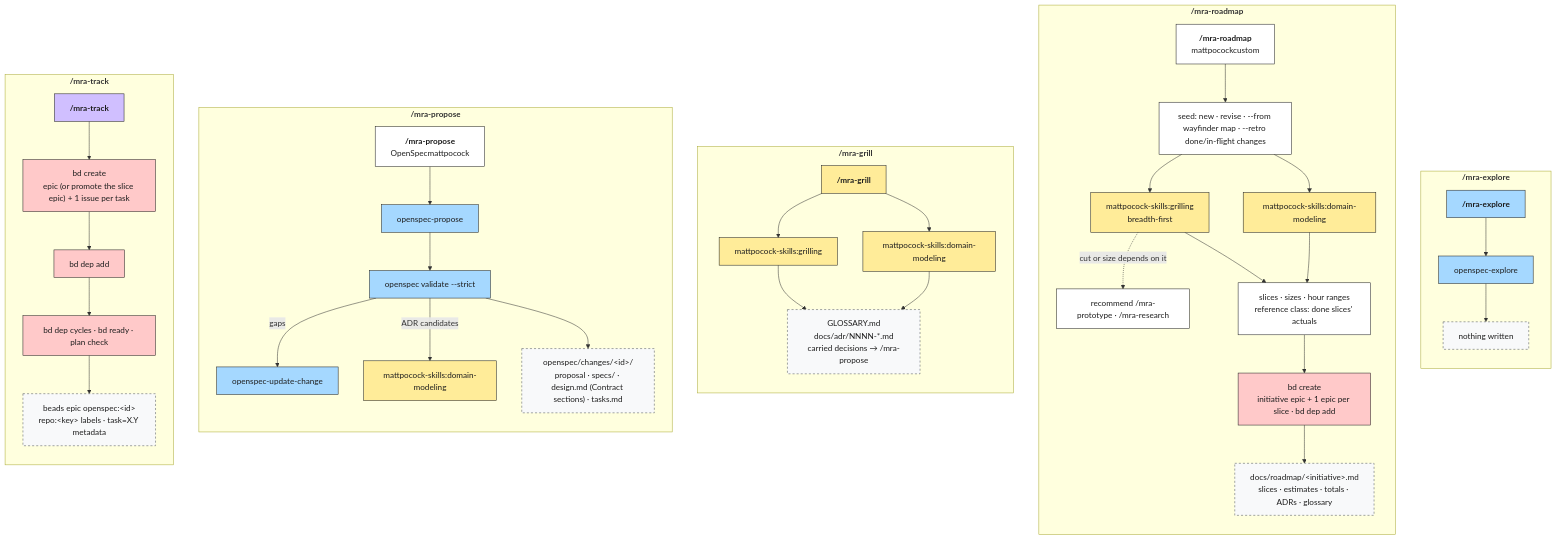
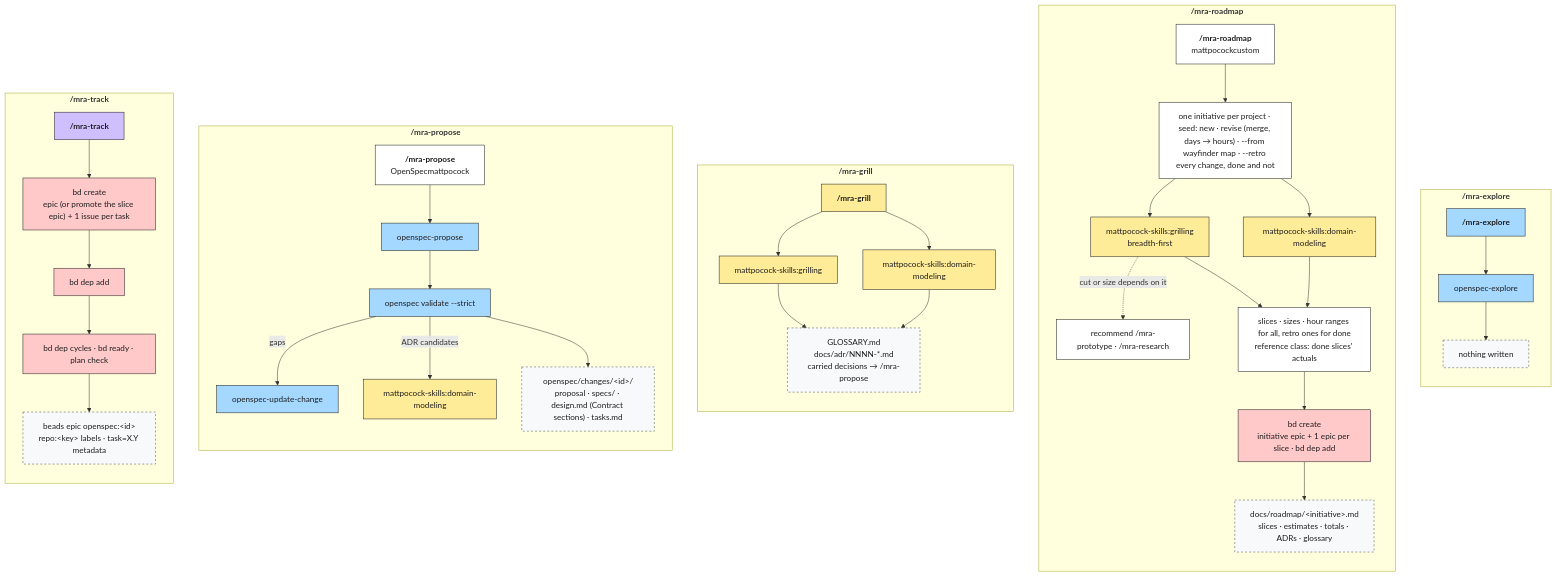
One commit to Ancora-Ancora/mra-flow changed the second of 5 diagrams in payload/orchestrator/.mra-flow/docs/mra-flow.md. Above: the diagram before and after it, drawn with Mermaid. The commit also changed other lines of this file and 17 other files, not shown here.

First line of the commit message:
One initiative per project; --retro builds every slice with estimates and actuals

````diff
--- a/payload/orchestrator/.mra-flow/docs/mra-flow.md
+++ b/payload/orchestrator/.mra-flow/docs/mra-flow.md
@@ -101,53 +101,53 @@
 ```mermaid
 %%{init: {"themeCSS": ".t{font-size:1.25em;font-weight:700} .bos,.bsp,.bmp,.bcu{padding:2px 6px} .bos{background:#a5d8ff} .bsp{background:#b2f2bb} .bmp{background:#ffec99} .bcu{background:#d0bfff}"}}%%
 flowchart TB
     classDef phase fill:#d0bfff,stroke:#1e1e1e,color:#1e1e1e
     classDef oswrap fill:#a5d8ff,stroke:#1e1e1e,color:#1e1e1e
     classDef striped fill:#ffffff,stroke:#1e1e1e,color:#1e1e1e
     classDef stripedopt fill:#ffffff,stroke:#1e1e1e,stroke-dasharray:5 5,color:#1e1e1e
     classDef spwrap fill:#b2f2bb,stroke:#1e1e1e,color:#1e1e1e
     classDef mpwrap fill:#ffec99,stroke:#1e1e1e,color:#1e1e1e
     classDef sp fill:#b2f2bb,stroke:#1e1e1e,color:#1e1e1e
     classDef mp fill:#ffec99,stroke:#1e1e1e,color:#1e1e1e
     classDef os fill:#a5d8ff,stroke:#1e1e1e,color:#1e1e1e
     classDef bd fill:#ffc9c9,stroke:#1e1e1e,color:#1e1e1e
     classDef art fill:#f8f9fa,stroke:#495057,stroke-dasharray:4 4,color:#1e1e1e
     classDef step fill:#ffffff,stroke:#1e1e1e,color:#1e1e1e
 
     subgraph EX["<b class='t'>/mra-explore</b>"]
         direction TB
         ex["<b class='t'>/mra-explore</b>"]:::oswrap --> ex1["openspec-explore"]:::os
         ex1 --> exA["nothing written"]:::art
     end
     subgraph RM["<b class='t'>/mra-roadmap</b>"]
         direction TB
-        rm["<b class='t'>/mra-roadmap</b><br/><span class='bmp'>mattpocock</span><span class='bcu'>custom</span>"]:::striped --> rm0["seed: new · revise · --from wayfinder map · --retro done/in-flight changes"]:::step
+        rm["<b class='t'>/mra-roadmap</b><br/><span class='bmp'>mattpocock</span><span class='bcu'>custom</span>"]:::striped --> rm0["one initiative per project · seed: new · revise (merge, days → hours) · --from wayfinder map · --retro every change, done and not"]:::step
         rm0 --> rm1["mattpocock-skills:grilling<br/>breadth-first"]:::mp
         rm0 --> rm2["mattpocock-skills:domain-modeling"]:::mp
         rm1 -. "cut or size depends on it" .-> rm5["recommend /mra-prototype · /mra-research"]:::step
-        rm1 & rm2 --> rm3["slices · sizes · hour ranges<br/>reference class: done slices' actuals"]:::step
+        rm1 & rm2 --> rm3["slices · sizes · hour ranges for all, retro ones for done<br/>reference class: done slices' actuals"]:::step
         rm3 --> rm4["bd create<br/>initiative epic + 1 epic per slice · bd dep add"]:::bd
         rm4 --> rmA["docs/roadmap/#lt;initiative#gt;.md<br/>slices · estimates · totals · ADRs · glossary"]:::art
     end
     subgraph GR["<b class='t'>/mra-grill</b>"]
         direction TB
         gr["<b class='t'>/mra-grill</b>"]:::mpwrap --> gr1["mattpocock-skills:grilling"]:::mp
         gr --> gr2["mattpocock-skills:domain-modeling"]:::mp
         gr1 & gr2 --> grA["GLOSSARY.md<br/>docs/adr/NNNN-*.md<br/>carried decisions → /mra-propose"]:::art
     end
     subgraph PR["<b class='t'>/mra-propose</b>"]
         direction TB
         pr["<b class='t'>/mra-propose</b><br/><span class='bos'>OpenSpec</span><span class='bmp'>mattpocock</span>"]:::striped --> pr1["openspec-propose"]:::os
         pr1 --> pr2["openspec validate --strict"]:::os
         pr2 -- gaps --> pr3["openspec-update-change"]:::os
         pr2 -- ADR candidates --> pr4["mattpocock-skills:domain-modeling"]:::mp
         pr2 --> prA["openspec/changes/#lt;id#gt;/<br/>proposal · specs/ · design.md (Contract sections) · tasks.md"]:::art
     end
     subgraph TR["<b class='t'>/mra-track</b>"]
         direction TB
         tr["<b class='t'>/mra-track</b>"]:::phase --> tr1["bd create<br/>epic (or promote the slice epic) + 1 issue per task"]:::bd
         tr1 --> tr2["bd dep add"]:::bd
         tr2 --> tr3["bd dep cycles · bd ready · plan check"]:::bd
         tr3 --> trA["beads epic openspec:#lt;id#gt;<br/>repo:#lt;key#gt; labels · task=X.Y metadata"]:::art
     end
 ```
````
